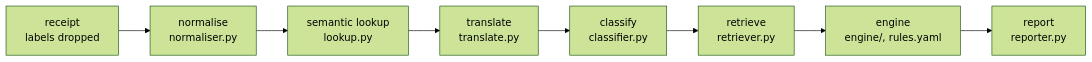
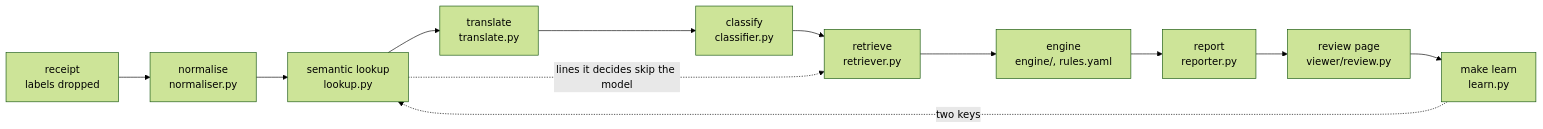
The diagram in README.md (laasyaaprasad/expense-policy-validator), drawn with Mermaid (forest theme) before and after one commit. The commit also changed other lines of this file and 5 other files, not shown here.

````diff
--- a/README.md
+++ b/README.md
@@ -14,4 +14,6 @@
 ```mermaid
 flowchart LR
     R["receipt<br/>labels dropped"] --> N["normalise<br/>normaliser.py"] --> L["semantic lookup<br/>lookup.py"] --> T["translate<br/>translate.py"] --> K["classify<br/>classifier.py"] --> P["retrieve<br/>retriever.py"] --> E["engine<br/>engine/, rules.yaml"] --> O["report<br/>reporter.py"]
+    L -. "lines it decides skip the model" .-> P
+    O --> V["review page<br/>viewer/review.py"] --> G["make learn<br/>learn.py"] -. "two keys" .-> L
 ```
````
